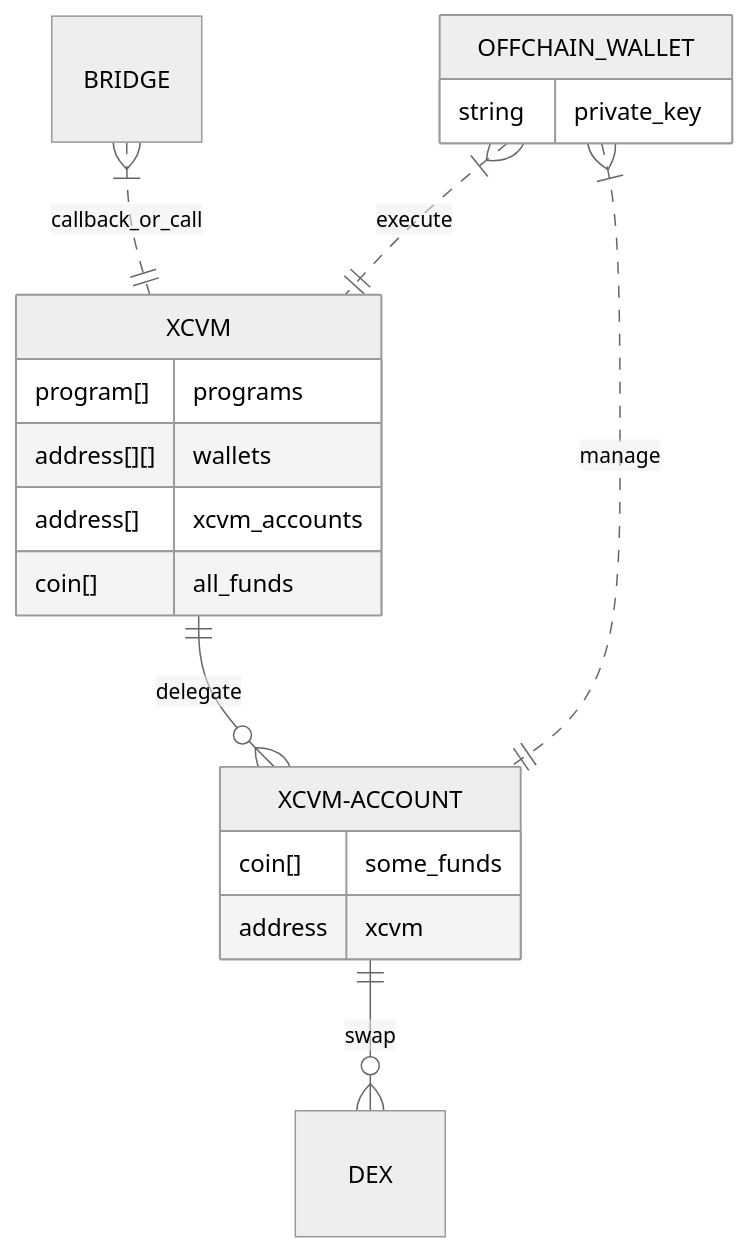
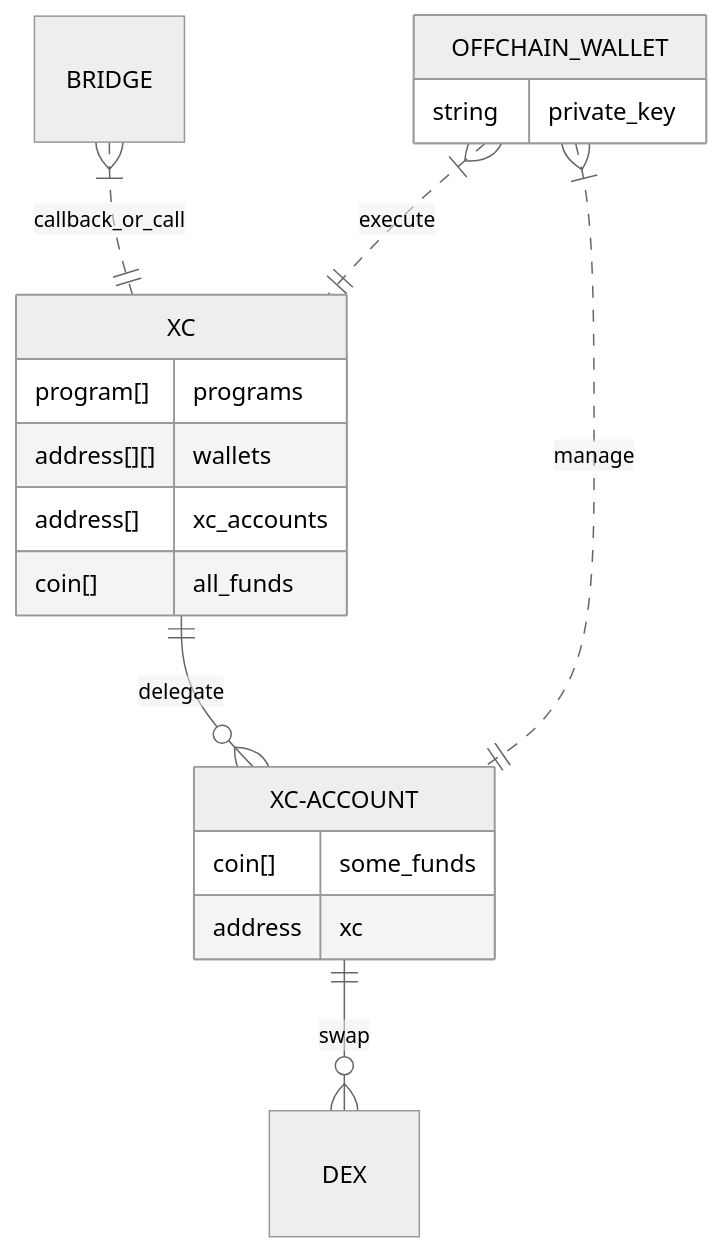
Before and after one commit to ComposableFi/composable: the diagram in code/xcvm/README.md, drawn with Mermaid (neutral theme). The commit also changed 3 other files, not shown here.

````diff
--- a/code/xcvm/README.md
+++ b/code/xcvm/README.md
@@ -5,21 +5,21 @@
 ```mermaid
 erDiagram
-    XCVM-ACCOUNT {        
+    XC-ACCOUNT {        
         coin[] some_funds
-        address xcvm
+        address xc
     }
     OFFCHAIN_WALLET {
         string private_key
     }
-    XCVM {
+    XC {
         program[] programs
         address[][] wallets
-        address[] xcvm_accounts  
+        address[] xc_accounts  
         coin[] all_funds
     }
-    BRIDGE }|..|| XCVM : callback_or_call
-    XCVM ||--o{ XCVM-ACCOUNT : delegate
-    XCVM-ACCOUNT ||--o{ DEX: swap
-    OFFCHAIN_WALLET }|..|| XCVM-ACCOUNT : manage
-    OFFCHAIN_WALLET }|..|| XCVM : execute  
+    BRIDGE }|..|| XC : callback_or_call
+    XC ||--o{ XC-ACCOUNT : delegate
+    XC-ACCOUNT ||--o{ DEX: swap
+    OFFCHAIN_WALLET }|..|| XC-ACCOUNT : manage
+    OFFCHAIN_WALLET }|..|| XC : execute  
 ```
````
